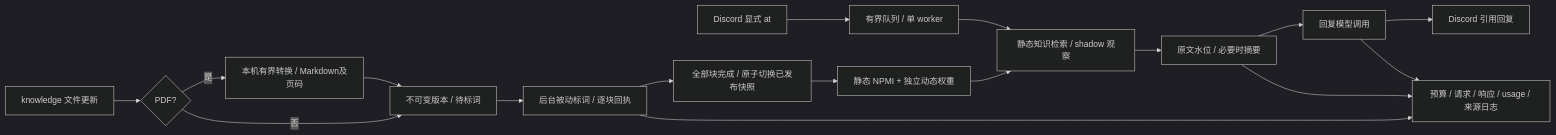
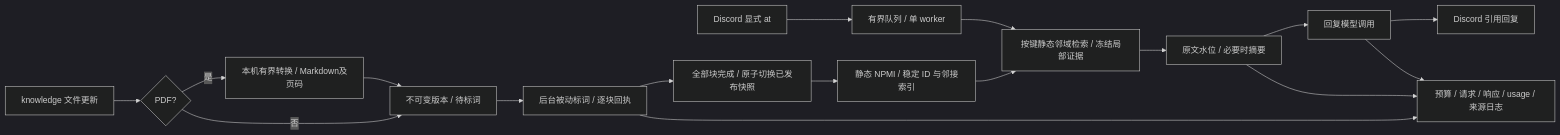
One commit to simulacrum0112-afk/Indeces_memory_manager changed the diagram in README.md. Above: the diagram before and after it, drawn with Mermaid (dark theme). The commit also changed other lines of this file and 40 other files, not shown here.

````diff
--- a/README.md
+++ b/README.md
@@ -23,19 +27,19 @@
 ```mermaid
 flowchart LR
     D[Discord 显式 at] --> Q[有界队列 / 单 worker]
-    Q --> R[静态知识检索 / shadow 观察]
+    Q --> R[按键静态邻域检索 / 冻结局部证据]
     R --> C[原文水位 / 必要时摘要]
     C --> A[回复模型调用]
     A --> O[Discord 引用回复]
     K[knowledge 文件更新] --> F{PDF?}
     F -->|是| X[本机有界转换 / Markdown及页码]
     X --> V[不可变版本 / 待标词]
     F -->|否| V
     V --> L[后台被动标词 / 逐块回执]
     L --> P[全部块完成 / 原子切换已发布快照]
-    P --> G[静态 NPMI + 独立动态权重]
+    P --> G[静态 NPMI / 稳定 ID 与邻接索引]
     G --> R
     A --> S[预算 / 请求 / 响应 / usage / 来源日志]
     L --> S
     C --> S
 ```
````
